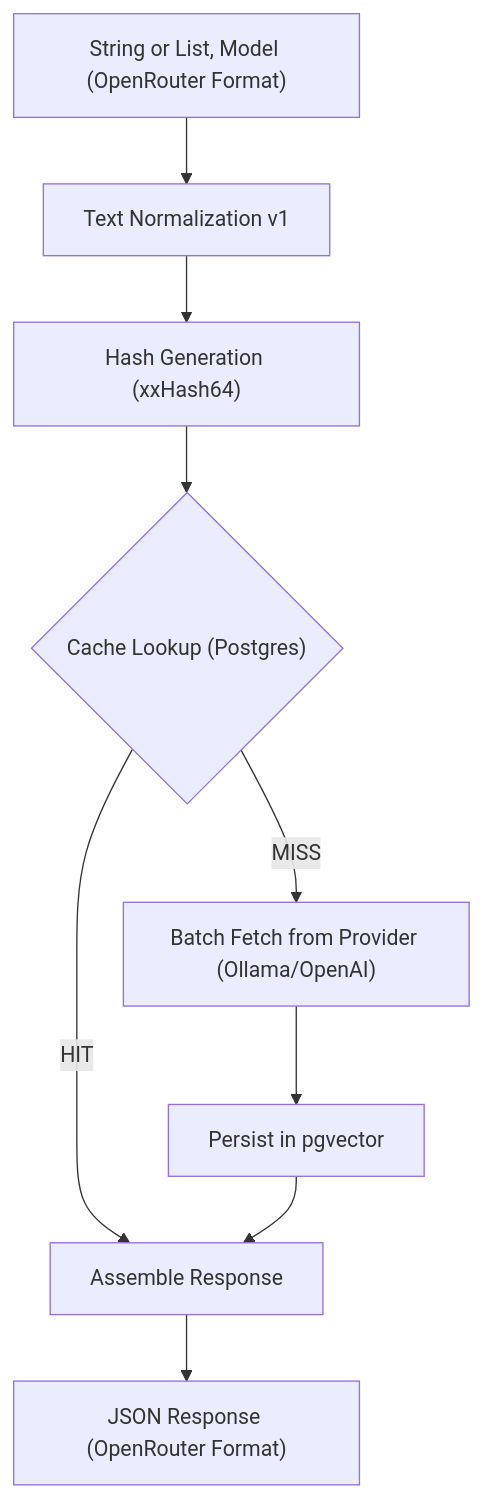
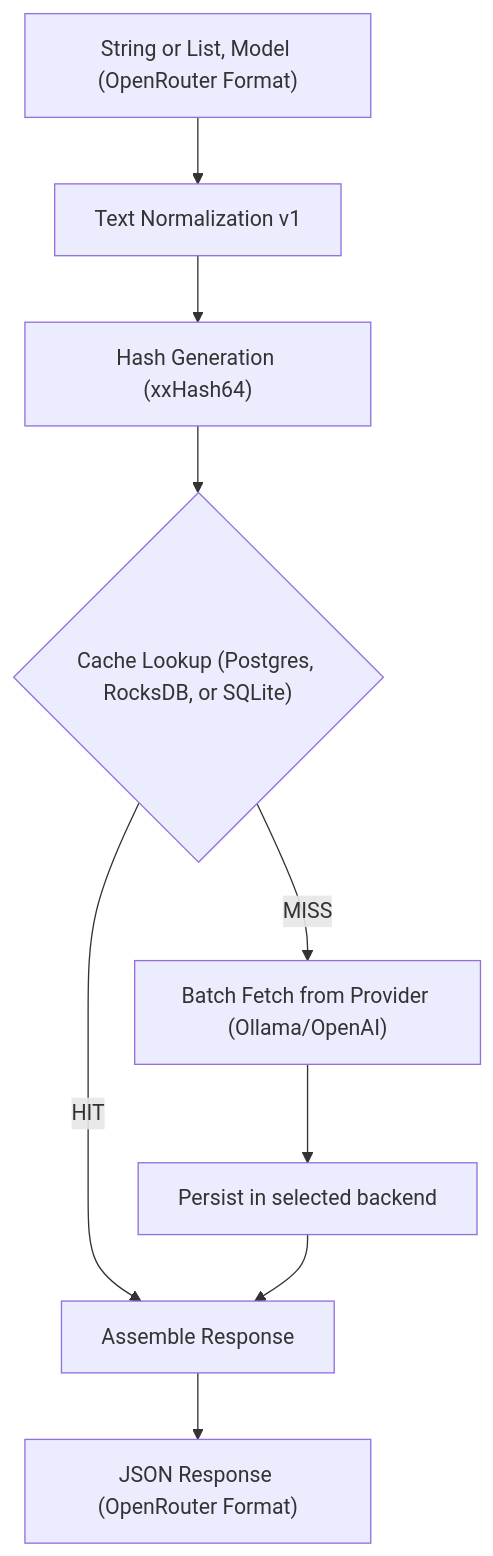
One commit to LA-Referencia-IOI/lareferencia-embedding-service changed the diagram in README.md. Above: the diagram before and after it, drawn with Mermaid. The commit also changed other lines of this file and 29 other files, not shown here.

````diff
--- a/README.md
+++ b/README.md
@@ -43,13 +51,13 @@
 ```mermaid
 flowchart TD
     A["String or List, Model (OpenRouter Format)"] --> B[Text Normalization v1]
     B --> C["Hash Generation (xxHash64)"]
-    C --> D{"Cache Lookup (Postgres)"}
+    C --> D{"Cache Lookup (Postgres, RocksDB, or SQLite)"}
 
     D -->|HIT| E[Assemble Response]
     D -->|MISS| F["Batch Fetch from Provider (Ollama/OpenAI)"]
 
-    F --> G[Persist in pgvector]
+    F --> G[Persist in selected backend]
     G --> E
     E --> H["JSON Response (OpenRouter Format)"]
 ```
````
